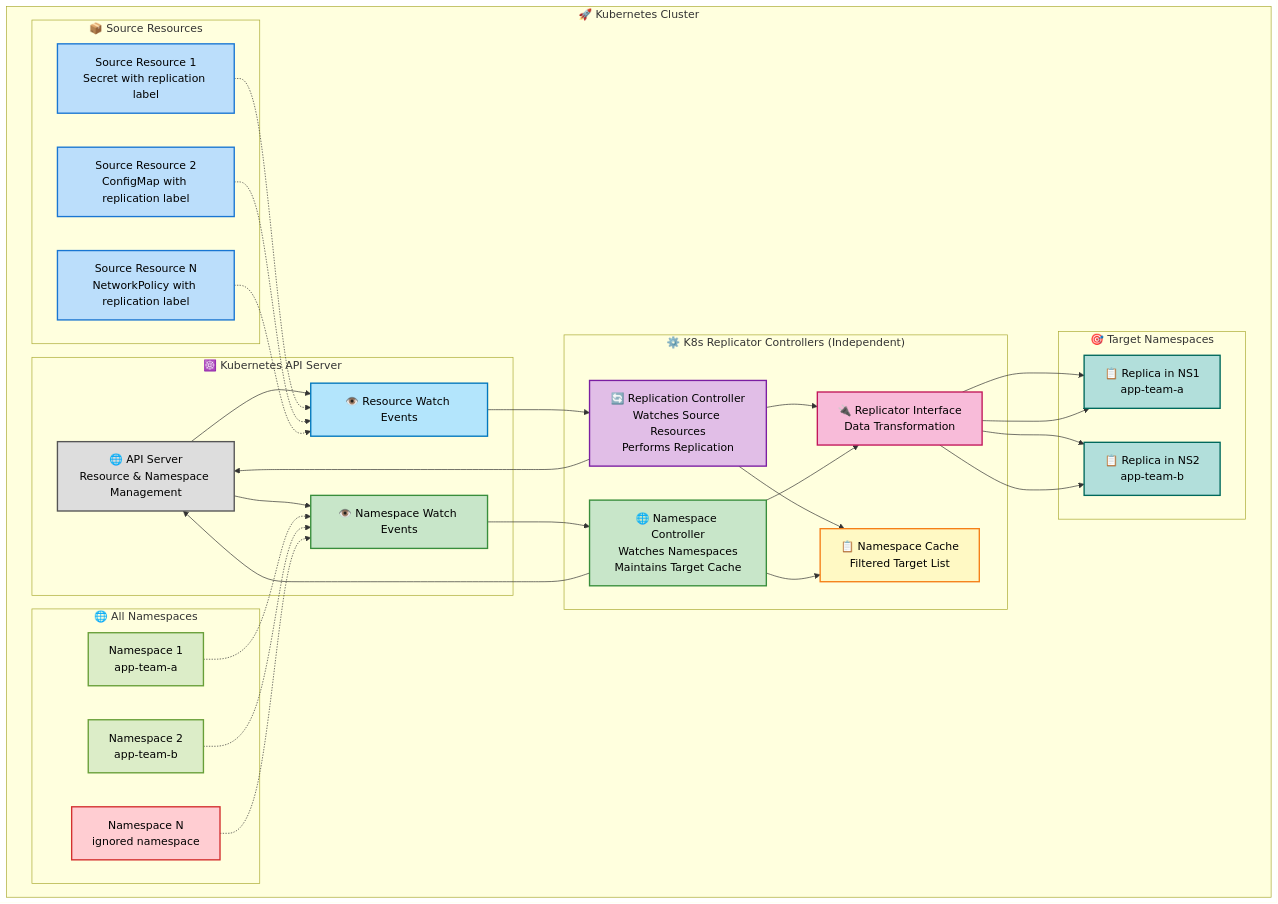
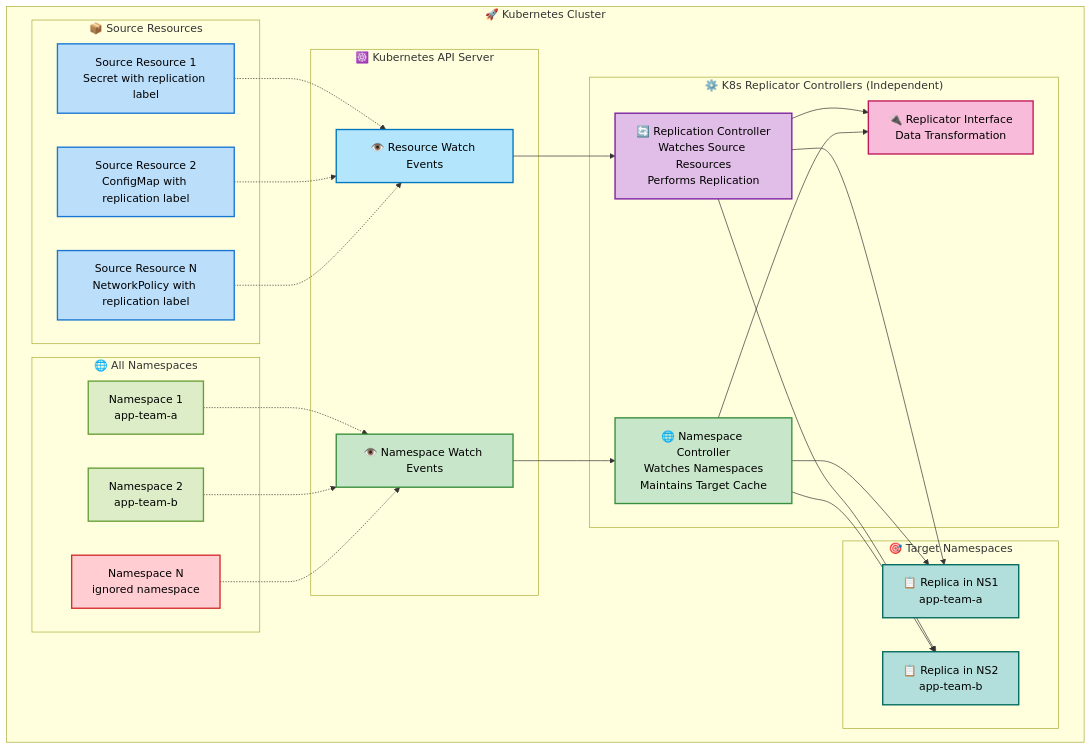
One commit to nadundesilva/k8s-replicator changed the first of 2 diagrams in ARCHITECTURE.md. Above: the diagram before and after it, drawn with Mermaid. The commit also changed other lines of this file and 9 other files, not shown here.

````diff
--- a/ARCHITECTURE.md
+++ b/ARCHITECTURE.md
@@ -7,77 +7,65 @@
 ```mermaid
 graph TB
     subgraph K8S["🚀 Kubernetes Cluster"]
         subgraph SRC["📦 Source Resources"]
             S1[Source Resource 1<br/>Secret with replication label]
             S2[Source Resource 2<br/>ConfigMap with replication label]
             S3[Source Resource N<br/>NetworkPolicy with replication label]
         end
-        
+
         subgraph NS["🌐 All Namespaces"]
             NS1[Namespace 1<br/>app-team-a]
             NS2[Namespace 2<br/>app-team-b]
             NS3[Namespace N<br/>ignored namespace]
         end
-        
+
         subgraph CTRL["⚙️ K8s Replicator Controllers (Independent)"]
             RC[🔄 Replication Controller<br/>Watches Source Resources<br/>Performs Replication]
             NC[🌐 Namespace Controller<br/>Watches Namespaces<br/>Maintains Target Cache]
             RI[🔌 Replicator Interface<br/>Data Transformation]
-            CACHE[📋 Namespace Cache<br/>Filtered Target List]
         end
-        
+
         subgraph TGT["🎯 Target Namespaces"]
             T1[📋 Replica in NS1<br/>app-team-a]
             T2[📋 Replica in NS2<br/>app-team-b]
         end
-        
+
         subgraph API_SRV["☸️ Kubernetes API Server"]
-            API[🌐 API Server<br/>Resource & Namespace Management]
             WATCH_R[👁️ Resource Watch Events]
             WATCH_N[👁️ Namespace Watch Events]
         end
     end
-    
-    %% Independent Controller Operations
-    API --> WATCH_R
-    API --> WATCH_N
-    
+
     %% Replication Controller Flow
     WATCH_R --> RC
     S1 -.-> WATCH_R
     S2 -.-> WATCH_R
     S3 -.-> WATCH_R
     RC --> RI
-    RC --> CACHE
-    RI --> T1
-    RI --> T2
-    RC --> API
-    
-    %% Namespace Controller Flow (Independent)
+    RC --> T1
+    RC --> T2
+
+    %% Namespace Controller Flow
     WATCH_N --> NC
     NS1 -.-> WATCH_N
     NS2 -.-> WATCH_N
     NS3 -.-> WATCH_N
-    NC --> CACHE
-    NC --> API
     NC --> RI
-    RI --> T1
-    RI --> T2
-    
+    NC --> T1
+    NC --> T2
+
     %% Styling with better contrast
     style S1 fill:#bbdefb,stroke:#1976d2,stroke-width:2px,color:#000
     style S2 fill:#bbdefb,stroke:#1976d2,stroke-width:2px,color:#000
     style S3 fill:#bbdefb,stroke:#1976d2,stroke-width:2px,color:#000
     style NS1 fill:#dcedc8,stroke:#689f38,stroke-width:2px,color:#000
     style NS2 fill:#dcedc8,stroke:#689f38,stroke-width:2px,color:#000
     style NS3 fill:#ffcdd2,stroke:#d32f2f,stroke-width:2px,color:#000
     style RC fill:#e1bee7,stroke:#7b1fa2,stroke-width:2px,color:#000
     style NC fill:#c8e6c9,stroke:#388e3c,stroke-width:2px,color:#000
     style RI fill:#f8bbd9,stroke:#c2185b,stroke-width:2px,color:#000
-    style CACHE fill:#fff9c4,stroke:#f57f17,stroke-width:2px,color:#000
     style T1 fill:#b2dfdb,stroke:#00695c,stroke-width:2px,color:#000
     style T2 fill:#b2dfdb,stroke:#00695c,stroke-width:2px,color:#000
-    style API fill:#ddd,stroke:#555,stroke-width:2px,color:#000
     style WATCH_R fill:#b3e5fc,stroke:#0277bd,stroke-width:2px,color:#000
     style WATCH_N fill:#c8e6c9,stroke:#388e3c,stroke-width:2px,color:#000
 ```
````
